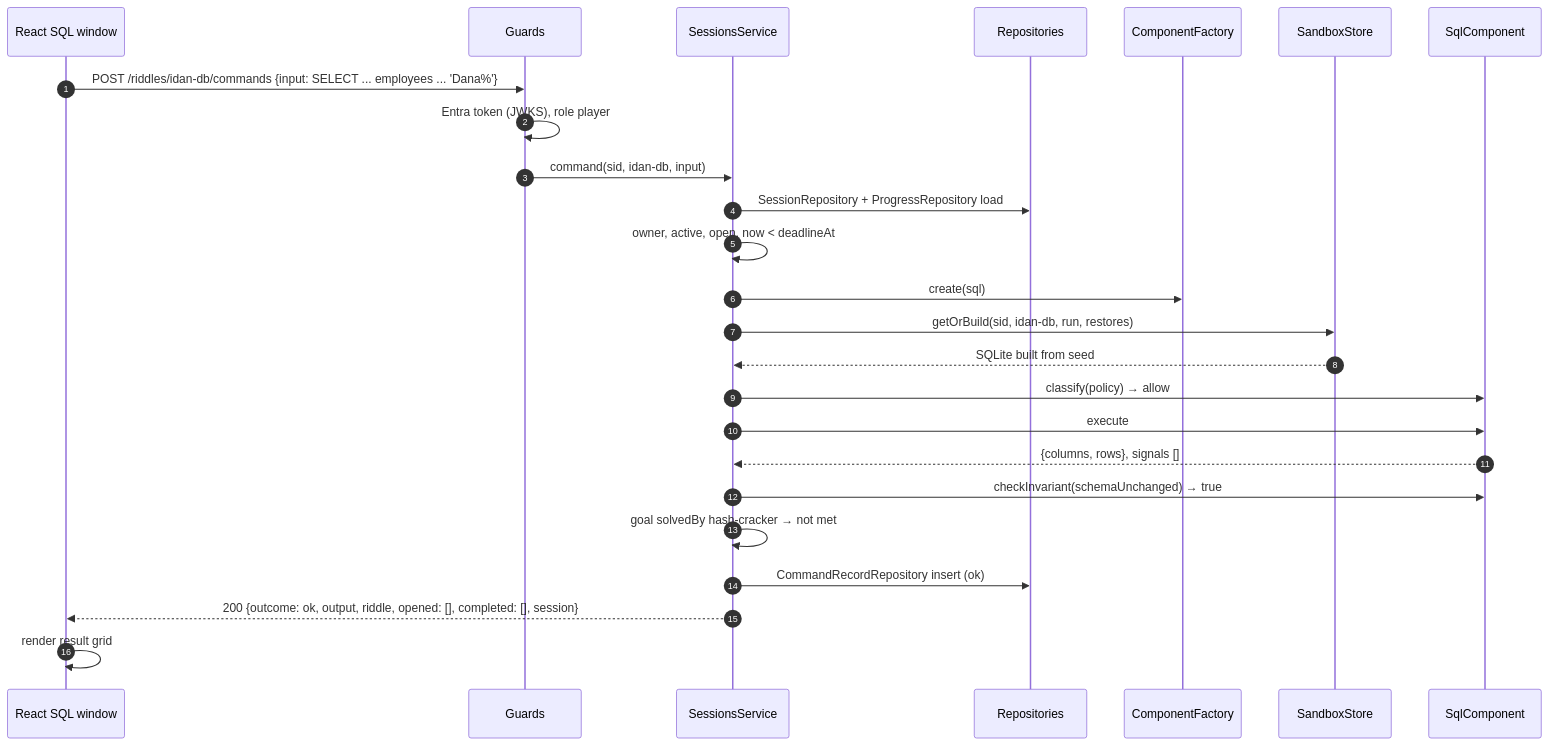
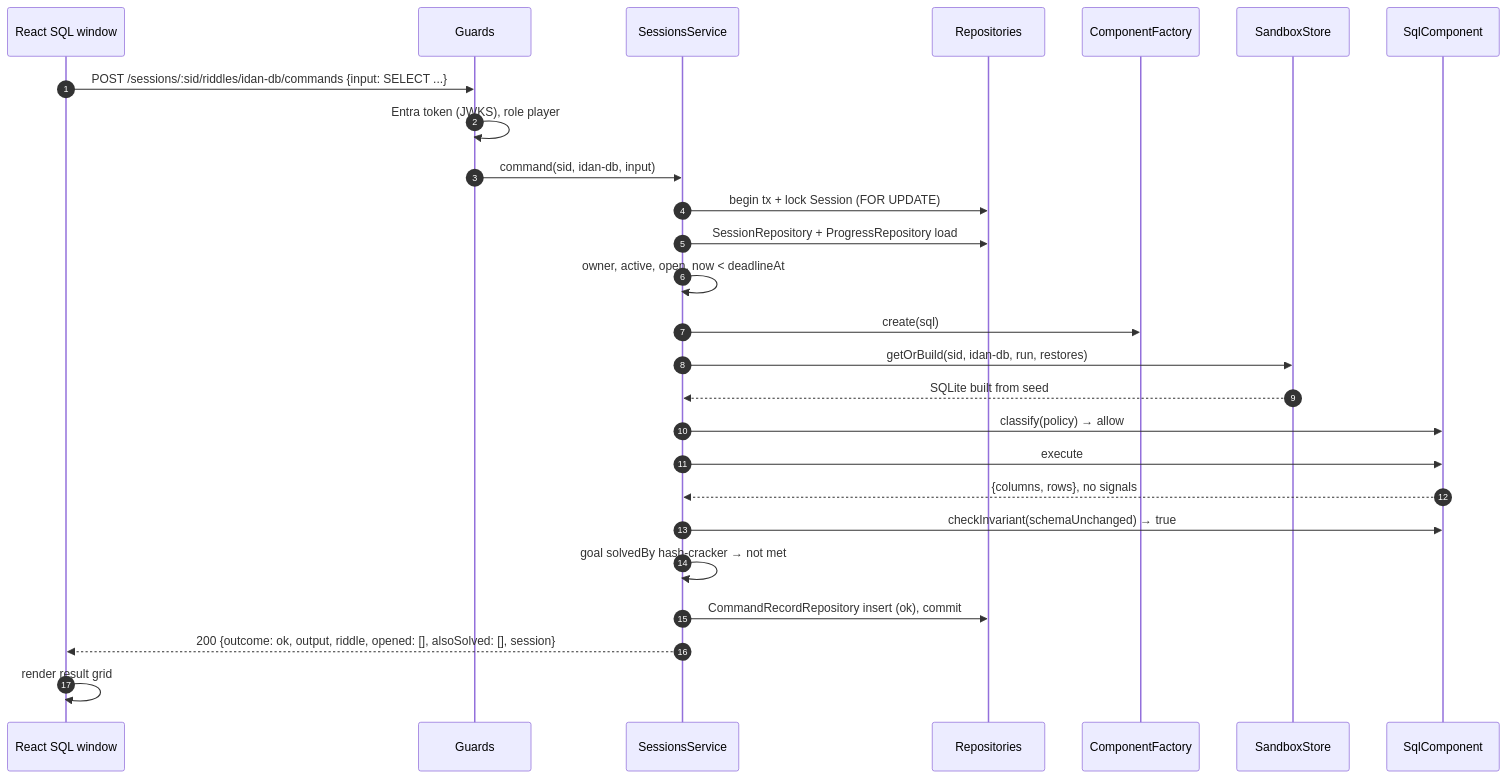
The sixth of 9 diagrams in DESIGN.md (edenbuky/escapeRoom), drawn with Mermaid before and after one commit. The commit also changed other lines of this file, not shown here.

First line of the commit message:
Specify the command pipeline, outcomes, and session lifecycle.

````diff
--- a/DESIGN.md
+++ b/DESIGN.md
@@ -667,28 +712,29 @@
 ```mermaid
 sequenceDiagram
   autonumber
   participant UI as React SQL window
   participant Auth as Guards
   participant Svc as SessionsService
   participant Repo as Repositories
   participant F as ComponentFactory
   participant Store as SandboxStore
   participant SQL as SqlComponent
 
-  UI->>Auth: POST /riddles/idan-db/commands {input: SELECT ... employees ... 'Dana%'}
+  UI->>Auth: POST /sessions/:sid/riddles/idan-db/commands {input: SELECT ...}
   Auth->>Auth: Entra token (JWKS), role player
   Auth->>Svc: command(sid, idan-db, input)
+  Svc->>Repo: begin tx + lock Session (FOR UPDATE)
   Svc->>Repo: SessionRepository + ProgressRepository load
   Svc->>Svc: owner, active, open, now < deadlineAt
   Svc->>F: create(sql)
   Svc->>Store: getOrBuild(sid, idan-db, run, restores)
   Store-->>Svc: SQLite built from seed
   Svc->>SQL: classify(policy) → allow
   Svc->>SQL: execute
-  SQL-->>Svc: {columns, rows}, signals []
+  SQL-->>Svc: {columns, rows}, no signals
   Svc->>SQL: checkInvariant(schemaUnchanged) → true
   Svc->>Svc: goal solvedBy hash-cracker → not met
-  Svc->>Repo: CommandRecordRepository insert (ok)
-  Svc-->>UI: 200 {outcome: ok, output, riddle, opened: [], completed: [], session}
+  Svc->>Repo: CommandRecordRepository insert (ok), commit
+  Svc-->>UI: 200 {outcome: ok, output, riddle, opened: [], alsoSolved: [], session}
   UI->>UI: render result grid
 ```
````
